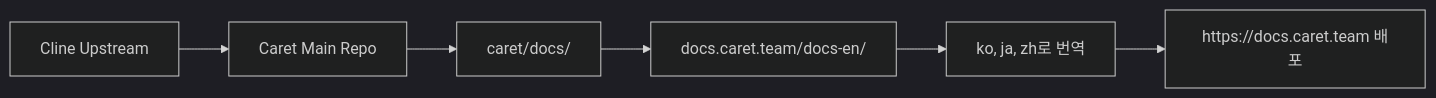
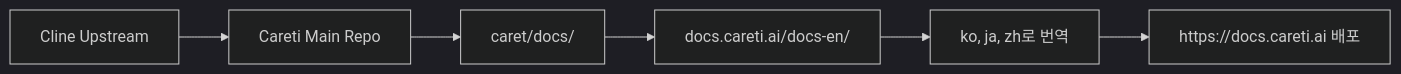
One commit to aicoding-caret/docs.caret.team changed the diagram in README.ko.md. Above: the diagram before and after it, drawn with Mermaid (dark theme). The commit also changed other lines of this file and 777 other files, not shown here.

First line of the commit message:
feat: rebrand Caret → Careti across all documentation

````diff
--- a/README.ko.md
+++ b/README.ko.md
@@ -258,8 +258,8 @@
 ```mermaid
 graph LR
-    A[Cline Upstream] --> B[Caret Main Repo]
+    A[Cline Upstream] --> B[Careti Main Repo]
     B --> C[caret/docs/]
-    C --> D[docs.caret.team/docs-en/]
+    C --> D[docs.careti.ai/docs-en/]
     D --> E[ko, ja, zh로 번역]
-    E --> F[https://docs.caret.team 배포]
+    E --> F[https://docs.careti.ai 배포]
 ```
````
